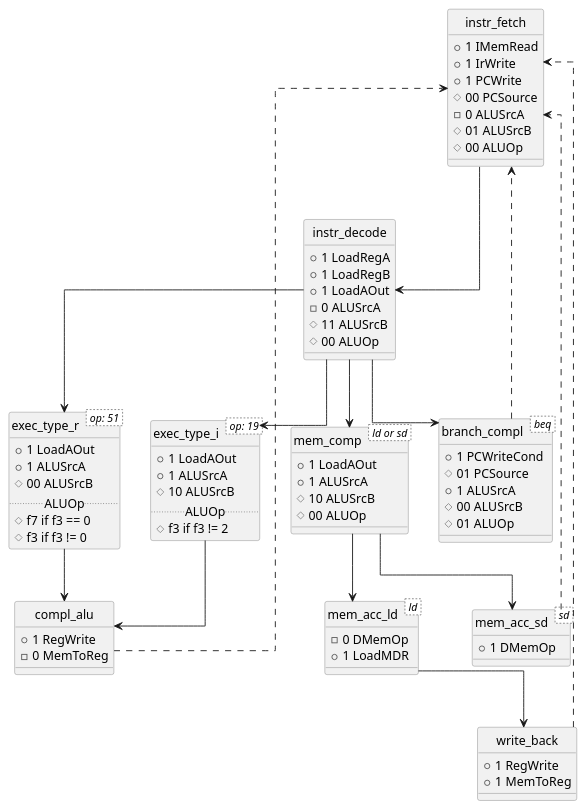
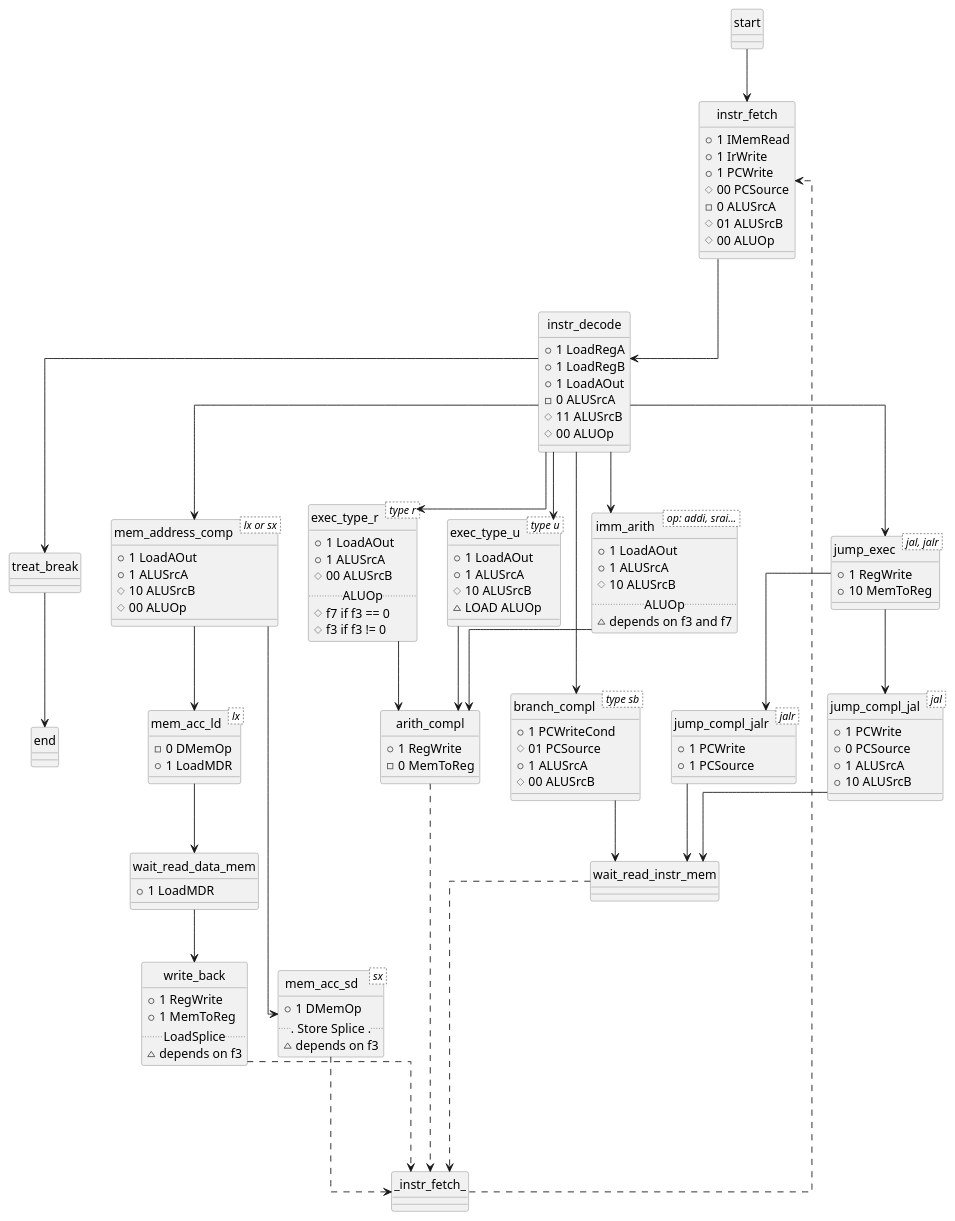
Before and after one commit to aricneto/RISC-DCCCLXVII: the diagram in docs/state.plantuml, drawn with PlantUML.

Commit message:
updated states

```diff
--- a/docs/state.plantuml
+++ b/docs/state.plantuml
@@ -1,109 +1,165 @@
 @startuml staty
 
 skinparam monochrome true
 'line ortho, polyline
 skinparam linetype ortho
 skinparam shadowing false
 skinparam class {
 	'BackgroundColor PaleGreen
 	'ArrowColor SeaGreen
 	BorderColor gray
 }
 
+class start {
+
+}
 
 class instr_fetch {
     + 1 IMemRead
     + 1 IrWrite
     + 1 PCWrite
     # 00 PCSource
     - 0 ALUSrcA
     # 01 ALUSrcB
     # 00 ALUOp
 }
 
 class instr_decode {
     + 1 LoadRegA
     + 1 LoadRegB
     + 1 LoadAOut
     - 0 ALUSrcA
     # 11 ALUSrcB
     # 00 ALUOp
 }
 
-class mem_comp < ld or sd > {
+class treat_break {
+
+}
+
+class mem_address_comp < lx or sx > {
     + 1 LoadAOut
     + 1 ALUSrcA
     # 10 ALUSrcB
     # 00 ALUOp 
 }
 
-class mem_acc_ld < ld > {
+class mem_acc_ld < lx > {
     - 0 DMemOp
     + 1 LoadMDR
 }
 
-class mem_acc_sd < sd >{
+class mem_acc_sd < sx >{
     + 1 DMemOp
+    ... Store Splice ...
+    ~ depends on f3
 }
 
 class write_back {
     + 1 RegWrite
     + 1 MemToReg
+    .. LoadSplice ..
+    ~ depends on f3
 }
 
-class exec_type_r < op: 51 >{
+class exec_type_r < type r >{
     + 1 LoadAOut
     + 1 ALUSrcA
     # 00 ALUSrcB
     .. ALUOp ..
     # f7 if f3 == 0
     # f3 if f3 != 0
 }
 
-class exec_type_i < op: 19 >{
+class exec_type_u < type u > {
+    + 1 LoadAOut
+    + 1 ALUSrcA
+    # 10 ALUSrcB
+    ~ LOAD ALUOp
+}
+
+class imm_arith < op: addi, srai... >{
     + 1 LoadAOut
     + 1 ALUSrcA
     # 10 ALUSrcB
     .. ALUOp ..
-    # f3 if f3 != 2
+    ~ depends on f3 and f7
 }
 
-class compl_alu {
+class arith_compl {
     + 1 RegWrite
     - 0 MemToReg
 }
 
-class branch_compl < beq > {
+class branch_compl < type sb > {
     + 1 PCWriteCond
     # 01 PCSource
     + 1 ALUSrcA
     # 00 ALUSrcB
-    # 01 ALUOp
 }
 
+class jump_exec < jal, jalr > {
+    + 1 RegWrite
+    + 10 MemToReg
+}
+
+class jump_compl_jalr < jalr > {
+    + 1 PCWrite
+    + 1 PCSource
+}
+
+class jump_compl_jal < jal > {
+    + 1 PCWrite
+    + 0 PCSource
+    + 1 ALUSrcA
+    + 10 ALUSrcB
+}
+
+class wait_read_data_mem {
+    + 1 LoadMDR
+}
+
+class wait_read_instr_mem {
+
+}
+
+start --> instr_fetch
 instr_fetch --> instr_decode
 
-instr_decode --> mem_comp
-instr_decode --> exec_type_i
+instr_decode --> mem_address_comp
+instr_decode --> imm_arith
 instr_decode --> exec_type_r
+instr_decode --> exec_type_u
 instr_decode --> branch_compl
+instr_decode --> jump_exec
+instr_decode --> treat_break
 
-mem_comp --> mem_acc_ld
-mem_comp --> mem_acc_sd
+treat_break --> end
 
-mem_acc_ld --> write_back
-write_back ..> instr_fetch
+mem_address_comp --> mem_acc_ld
+mem_address_comp --> mem_acc_sd
 
-mem_acc_sd ..> instr_fetch
+exec_type_r --> arith_compl
+imm_arith --> arith_compl
+exec_type_u --> arith_compl
 
-exec_type_r --> compl_alu
-exec_type_i --> compl_alu
+branch_compl --> wait_read_instr_mem
+jump_exec --> jump_compl_jalr
+jump_exec --> jump_compl_jal
 
-compl_alu ..> instr_fetch
+jump_compl_jal --> wait_read_instr_mem
+jump_compl_jalr --> wait_read_instr_mem
 
-branch_compl ..> instr_fetch
+mem_acc_ld --> wait_read_data_mem
+wait_read_data_mem --> write_back
 
+mem_acc_sd -.-> _instr_fetch_
+write_back -.-> _instr_fetch_
+arith_compl -.-> _instr_fetch_
+wait_read_instr_mem -.-> _instr_fetch_
+
+_instr_fetch_ -.-> instr_fetch
 
 hide class circle
 
 @enduml
```
